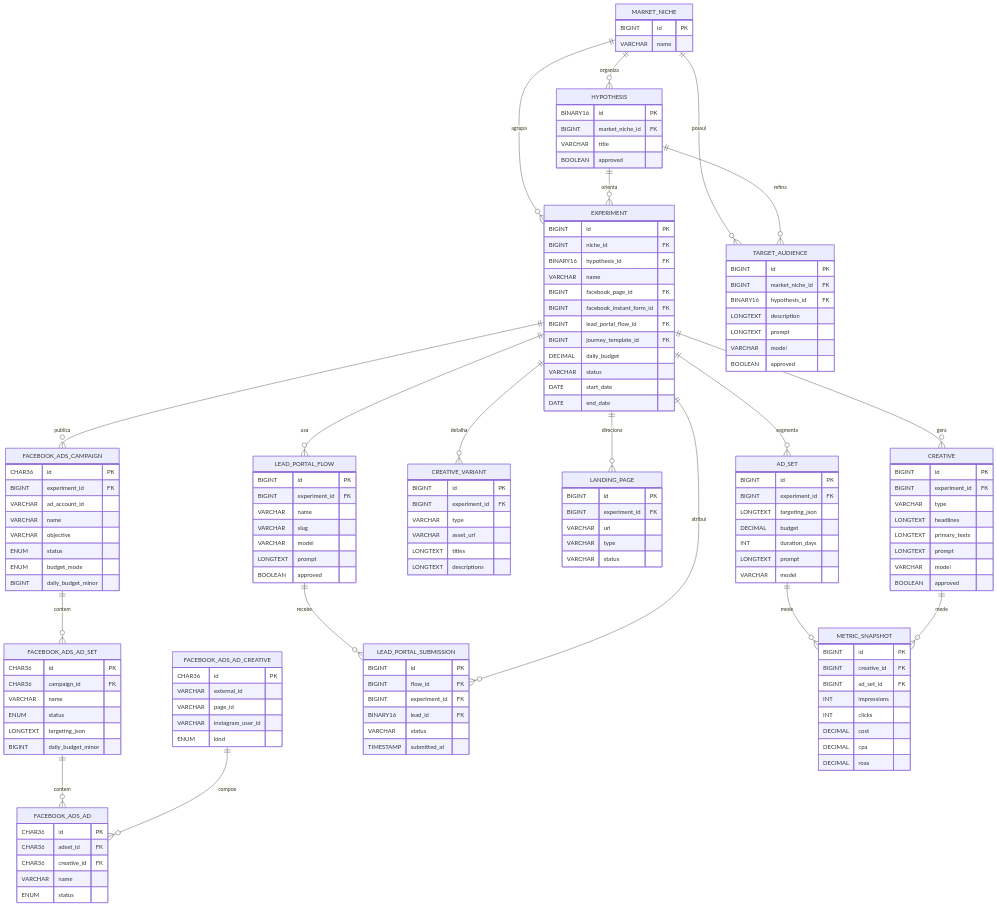
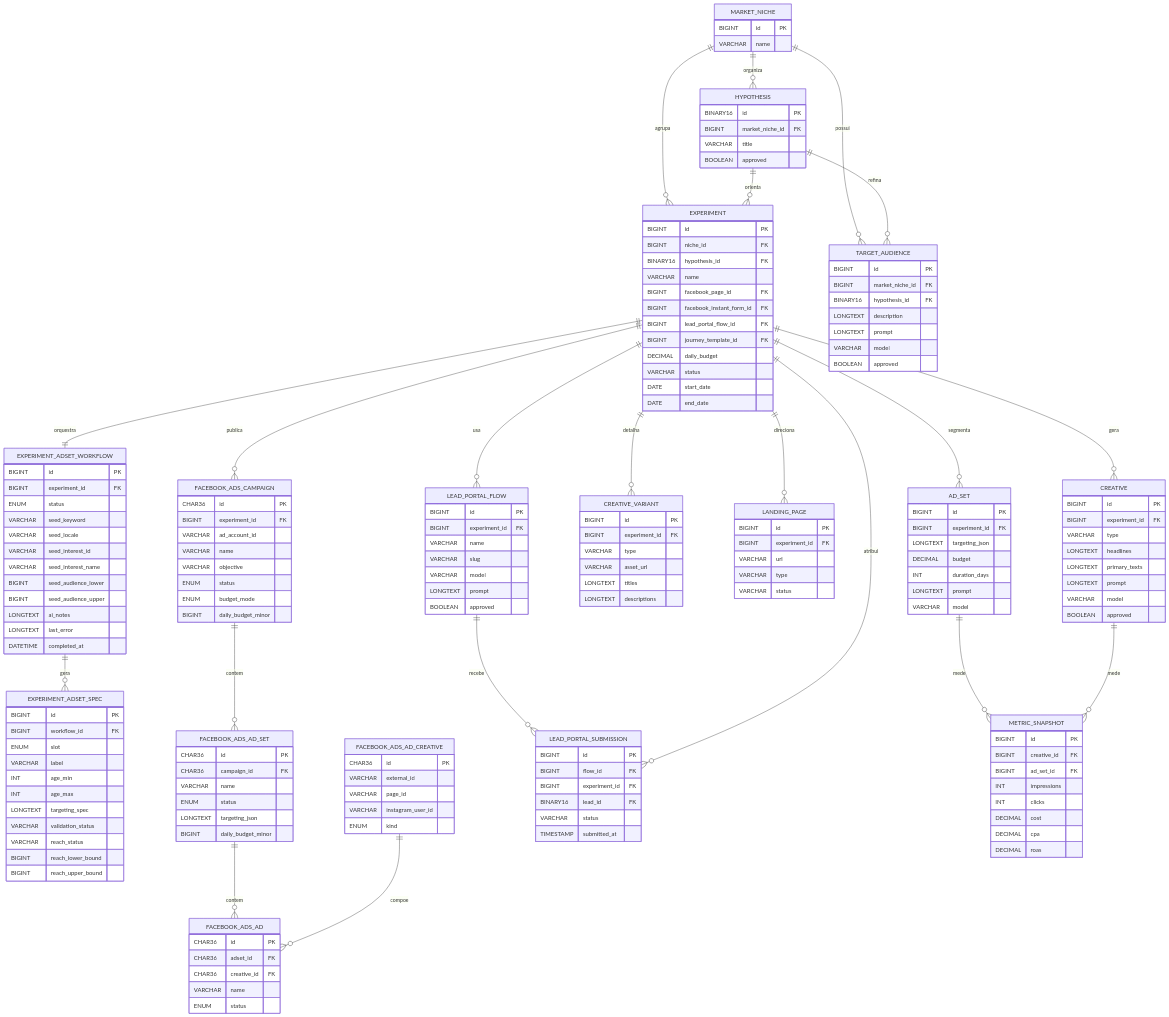
The diagram in docs/modelo-dados-experimento.md (paulofor/marketing-hub), drawn with Mermaid before and after one commit. The commit also changed other lines of this file and 2 other files, not shown here.

Commit message:
Correção automática do AI Hub

```diff
--- a/docs/modelo-dados-experimento.md
+++ b/docs/modelo-dados-experimento.md
@@ -62,6 +62,35 @@
       INT duration_days
       LONGTEXT prompt
       VARCHAR model
+    }
+
+    EXPERIMENT_ADSET_WORKFLOW {
+      BIGINT id PK
+      BIGINT experiment_id FK
+      ENUM status
+      VARCHAR seed_keyword
+      VARCHAR seed_locale
+      VARCHAR seed_interest_id
+      VARCHAR seed_interest_name
+      BIGINT seed_audience_lower
+      BIGINT seed_audience_upper
+      LONGTEXT ai_notes
+      LONGTEXT last_error
+      DATETIME completed_at
+    }
+
+    EXPERIMENT_ADSET_SPEC {
+      BIGINT id PK
+      BIGINT workflow_id FK
+      ENUM slot
+      VARCHAR label
+      INT age_min
+      INT age_max
+      LONGTEXT targeting_spec
+      VARCHAR validation_status
+      VARCHAR reach_status
+      BIGINT reach_lower_bound
+      BIGINT reach_upper_bound
     }
 
     CREATIVE {
@@ -168,6 +197,8 @@
     EXPERIMENT ||--o{ CREATIVE : gera
     EXPERIMENT ||--o{ CREATIVE_VARIANT : detalha
     EXPERIMENT ||--o{ AD_SET : segmenta
+    EXPERIMENT ||--|| EXPERIMENT_ADSET_WORKFLOW : orquestra
+    EXPERIMENT_ADSET_WORKFLOW ||--o{ EXPERIMENT_ADSET_SPEC : gera
     EXPERIMENT ||--o{ LANDING_PAGE : direciona
 
     EXPERIMENT ||--o{ FACEBOOK_ADS_CAMPAIGN : publica
```
